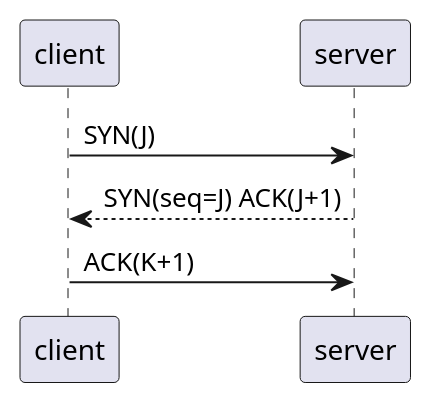
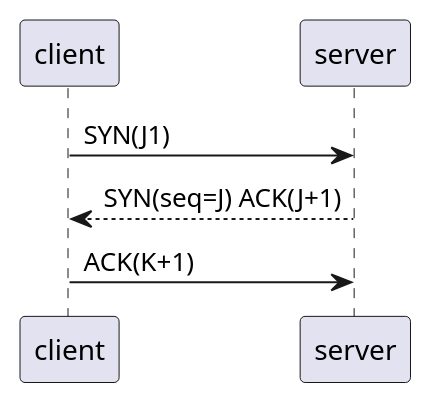
One commit to lollipopjin/PlantUML-Demo changed the diagram in 0-语法.puml. Above: the diagram before and after it, drawn with PlantUML.

Commit message:
do some clean work

```diff
--- a/0-语法.puml
+++ b/0-语法.puml
@@ -1,5 +1,5 @@
 @startuml TCP 三次握手
-client -> server: SYN(J)
+client -> server: SYN(J1)
 server --> client: SYN(seq=J) ACK(J+1)
 client -> server: ACK(K+1)
 @enduml
```
